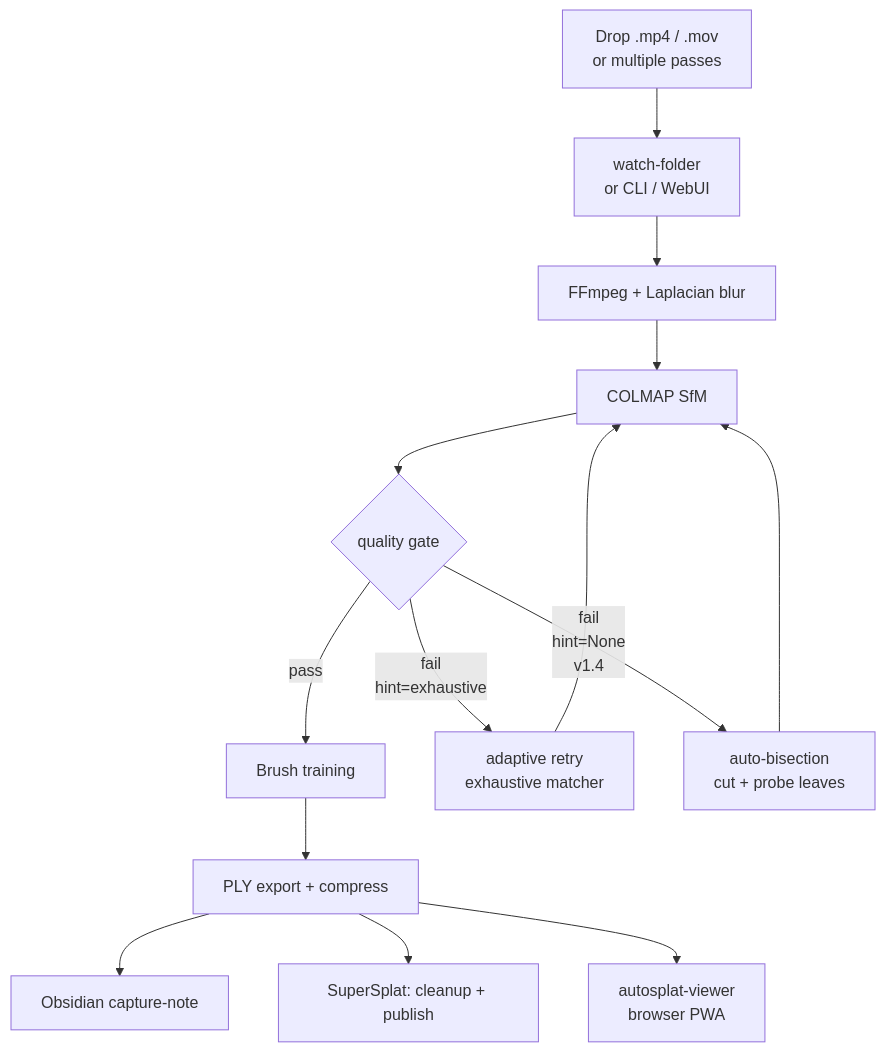
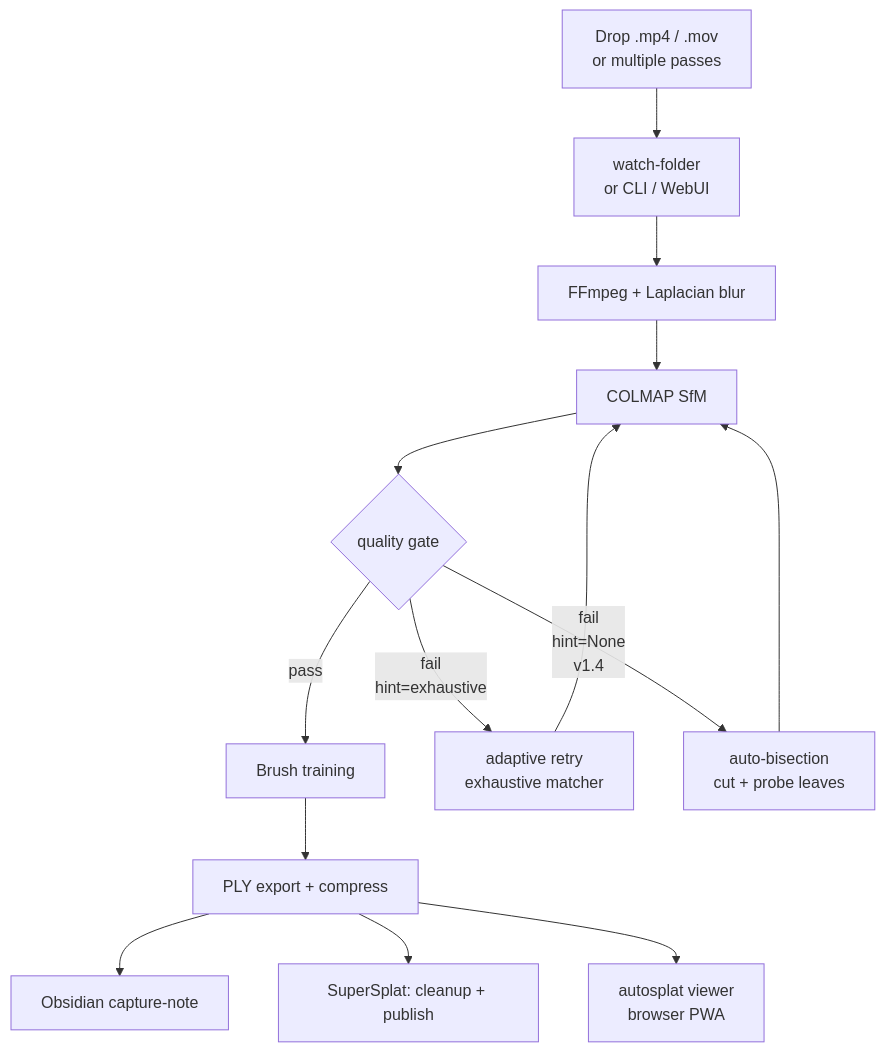
One commit to johannes-kaindl/autosplat changed the diagram in pipeline/README.md. Above: the diagram before and after it, drawn with Mermaid. The commit also changed other lines of this file and 8 other files, not shown here.

````diff
--- a/pipeline/README.md
+++ b/pipeline/README.md
@@ -45,16 +46,16 @@
 ```mermaid
 flowchart TD
     A[Drop .mp4 / .mov<br/>or multiple passes] --> B[watch-folder<br/>or CLI / WebUI]
     B --> C[FFmpeg + Laplacian blur]
     C --> D[COLMAP SfM]
     D --> E{quality gate}
     E -->|pass| F[Brush training]
     E -->|fail<br/>hint=exhaustive| R[adaptive retry<br/>exhaustive matcher]
     R --> D
     E -->|fail<br/>hint=None<br/>v1.4| BS[auto-bisection<br/>cut + probe leaves]
     BS --> D
     F --> G[PLY export + compress]
     G --> H[Obsidian capture-note]
     G --> I[SuperSplat: cleanup + publish]
-    G --> V[autosplat-viewer<br/>browser PWA]
+    G --> V[autosplat viewer<br/>browser PWA]
 ```
````
